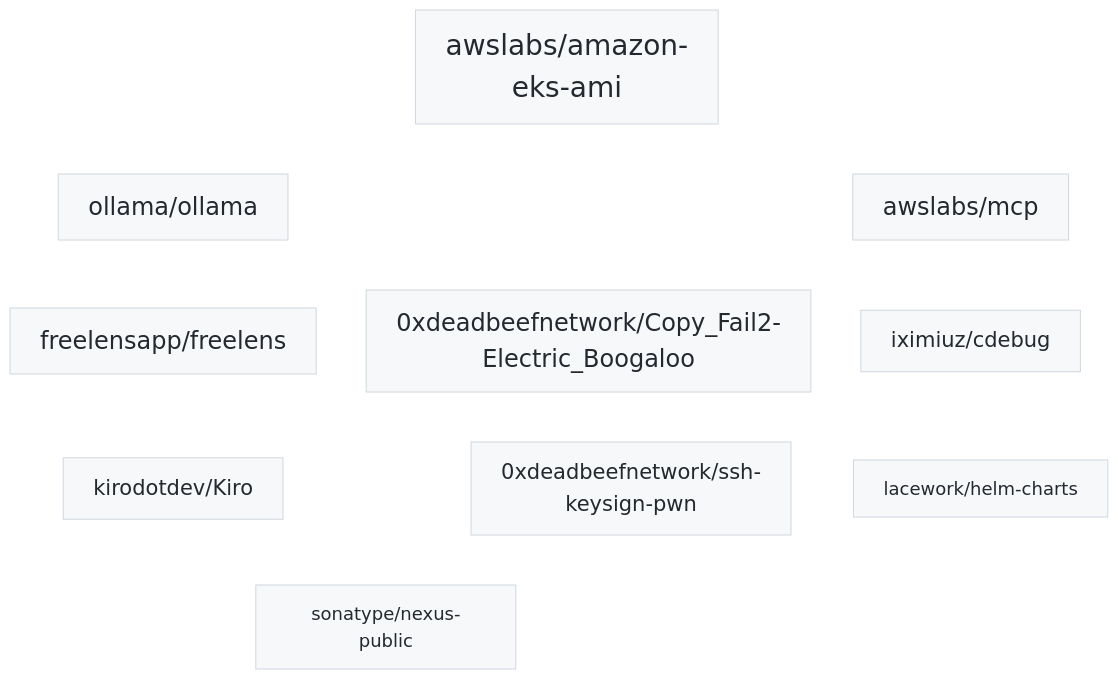
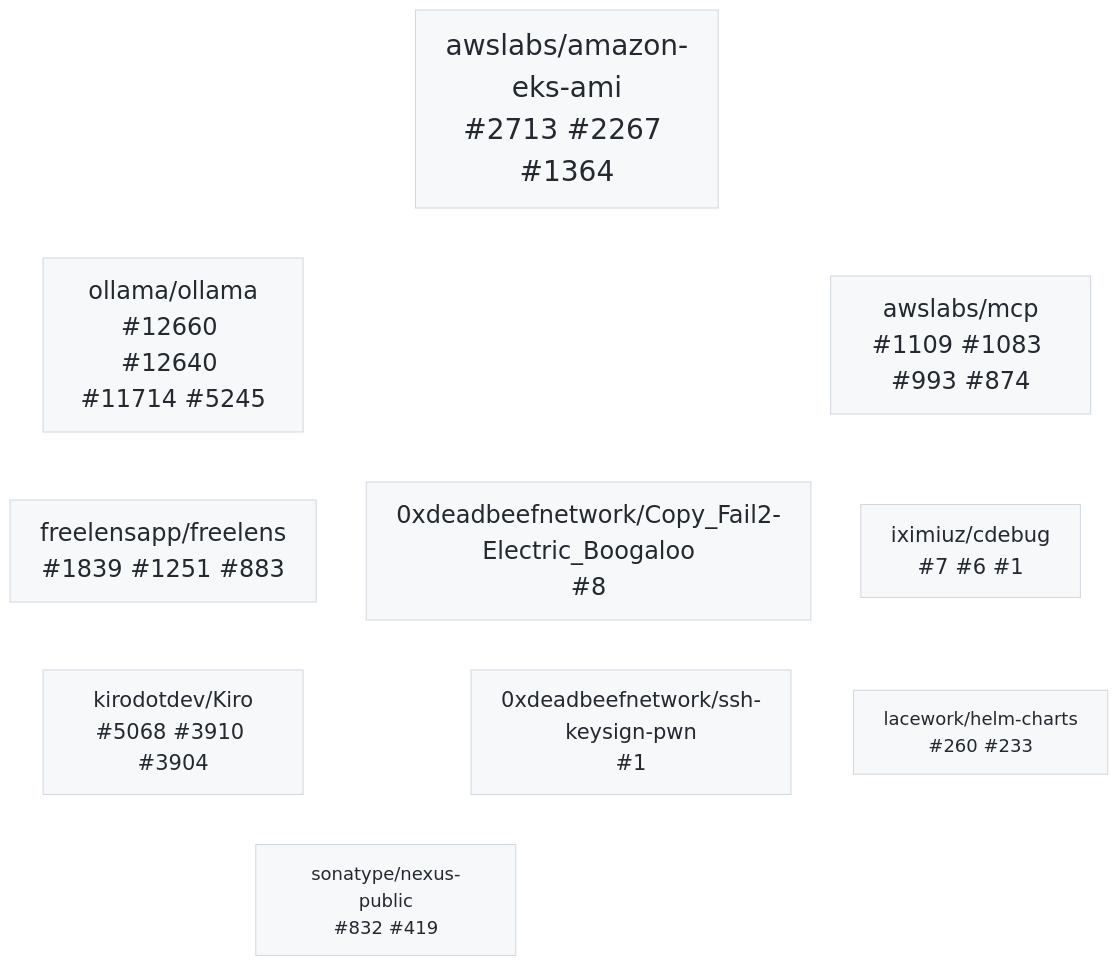
The diagram in README.md (kappa8219/kappa8219), drawn with Mermaid before and after one commit. The commit also changed other lines of this file and 1 other file, not shown here.

Commit message:
Move issue numbers into mermaid boxes
Render issue numbers directly inside each project node label and remove the separate issue links list from the participated-projects section.

````diff
--- a/README.md
+++ b/README.md
@@ -4,38 +4,38 @@
 ```mermaid
 graph TB
   classDef tag fill:#f6f8fa,stroke:#d0d7de,color:#24292f;
   linkStyle default stroke:transparent,stroke-width:0px;
-  p1["awslabs/amazon-eks-ami"]:::tag
+  p1["awslabs/amazon-eks-ami<br/>#2713 #2267 #1364"]:::tag
   style p1 font-size:28px
-  p2["ollama/ollama"]:::tag
+  p2["ollama/ollama<br/>#12660 #12640 #11714 #5245"]:::tag
   style p2 font-size:24px
-  p3["freelensapp/freelens"]:::tag
+  p3["freelensapp/freelens<br/>#1839 #1251 #883"]:::tag
   style p3 font-size:24px
-  p4["awslabs/mcp"]:::tag
+  p4["awslabs/mcp<br/>#1109 #1083 #993 #874"]:::tag
   style p4 font-size:24px
-  p5["0xdeadbeefnetwork/Copy_Fail2-Electric_Boogaloo"]:::tag
+  p5["0xdeadbeefnetwork/Copy_Fail2-Electric_Boogaloo<br/>#8"]:::tag
   style p5 font-size:24px
-  p6["kirodotdev/Kiro"]:::tag
+  p6["kirodotdev/Kiro<br/>#5068 #3910 #3904"]:::tag
   style p6 font-size:21px
-  p7["iximiuz/cdebug"]:::tag
+  p7["iximiuz/cdebug<br/>#7 #6 #1"]:::tag
   style p7 font-size:21px
-  p8["0xdeadbeefnetwork/ssh-keysign-pwn"]:::tag
+  p8["0xdeadbeefnetwork/ssh-keysign-pwn<br/>#1"]:::tag
   style p8 font-size:21px
-  p9["sonatype/nexus-public"]:::tag
+  p9["sonatype/nexus-public<br/>#832 #419"]:::tag
   style p9 font-size:18px
-  p10["lacework/helm-charts"]:::tag
+  p10["lacework/helm-charts<br/>#260 #233"]:::tag
   style p10 font-size:18px
   p1 --- p2
   p1 --- p4
   p2 --- p3
   p2 --- p5
   p3 --- p6
   p4 --- p5
   p4 --- p7
   p5 --- p6
   p5 --- p8
   p6 --- p9
   p7 --- p8
   p7 --- p10
   p8 --- p9
 ```
````
